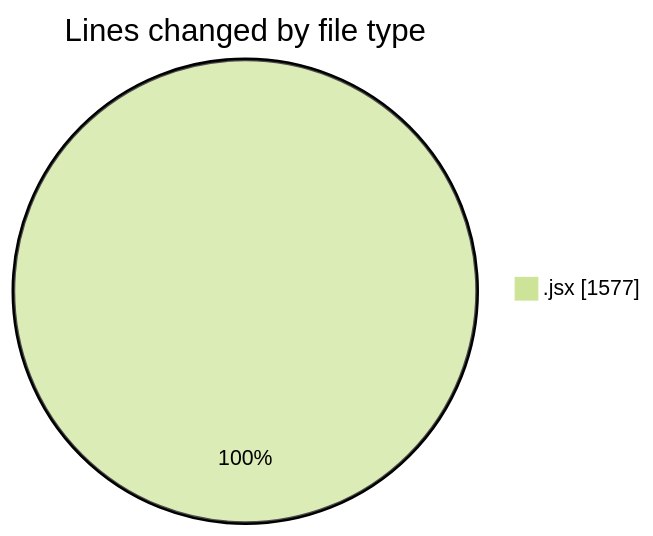
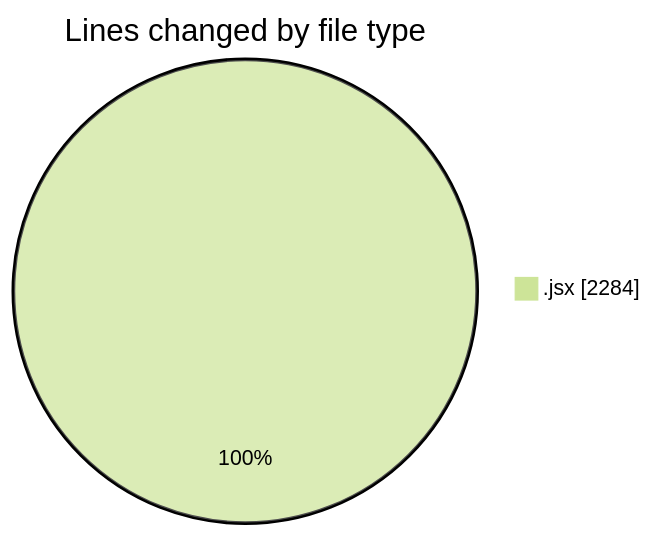
The first of 2 diagrams in 2025-08-01/nxtqube_webapp/README.md (nxtqubesakshisongat/code-tracking), drawn with Mermaid (forest theme) before and after one commit. The commit also changed other lines of this file and 1 other file, not shown here.

````diff
--- a/2025-08-01/nxtqube_webapp/README.md
+++ b/2025-08-01/nxtqube_webapp/README.md
@@ -24,5 +26,5 @@
 ```mermaid
 pie showData
 title Lines changed by file type
-".jsx" : 1577
+".jsx" : 2284
 ```
````
